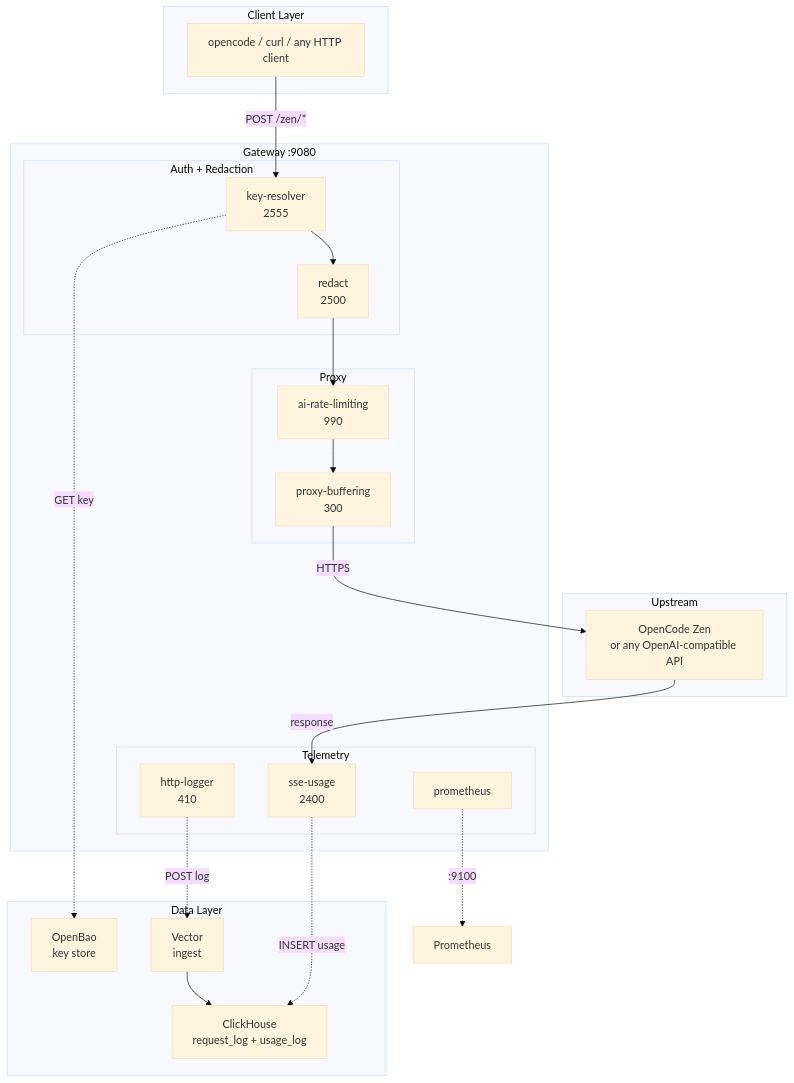
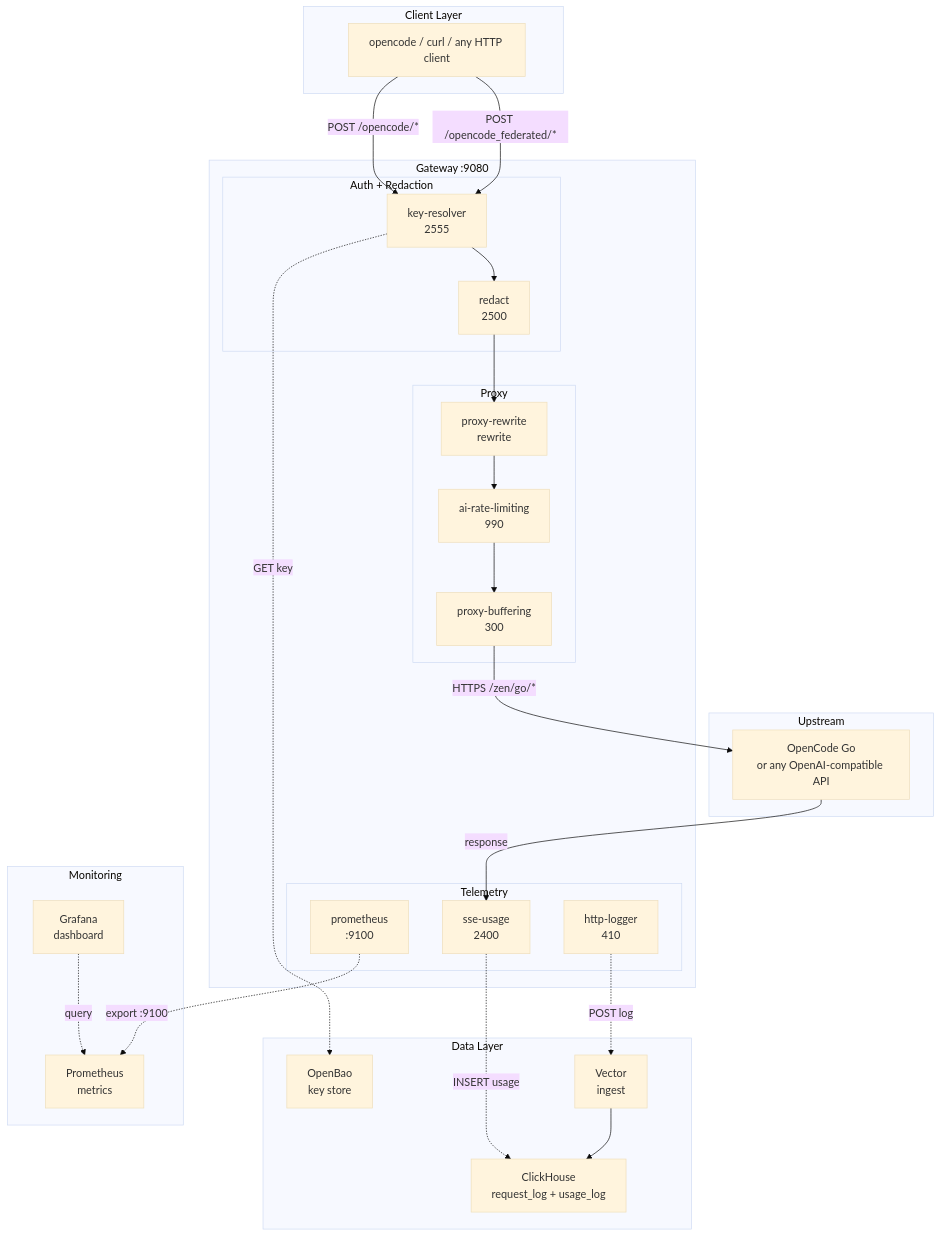
One commit to Independent-AI-Labs/WORKSPACE-GATEWAY changed the first of 2 diagrams in README.md. Above: the diagram before and after it, drawn with Mermaid (base theme). The commit also changed other lines of this file and 42 other files, not shown here.

````diff
--- a/README.md
+++ b/README.md
@@ -66,41 +65,49 @@
 ```mermaid
 graph TB
     subgraph "Client Layer"
         C["opencode / curl / any HTTP client"]
     end
 
     subgraph "Gateway :9080"
         subgraph "Auth + Redaction"
             KR["key-resolver<br/>2555"]
             RD["redact<br/>2500"]
         end
         subgraph "Proxy"
+            PRW["proxy-rewrite<br/>rewrite"]
             RL["ai-rate-limiting<br/>990"]
             PB["proxy-buffering<br/>300"]
         end
         subgraph "Telemetry"
             SU["sse-usage<br/>2400"]
             HL["http-logger<br/>410"]
-            PROM["prometheus"]
+            PROMP["prometheus<br/>:9100"]
         end
     end
 
     subgraph "Data Layer"
         OB["OpenBao<br/>key store"]
         V["Vector<br/>ingest"]
         CH["ClickHouse<br/>request_log + usage_log"]
     end
 
-    subgraph "Upstream"
-        ZEN["OpenCode Zen<br/>or any OpenAI-compatible API"]
+    subgraph "Monitoring"
+        PROM["Prometheus<br/>metrics"]
+        GW["Grafana<br/>dashboard"]
     end
 
-    C -->|"POST /zen/*"| KR
-    KR --> RD --> RL --> PB -->|"HTTPS"| ZEN
-    ZEN -->|"response"| SU
+    subgraph "Upstream"
+        GO["OpenCode Go<br/>or any OpenAI-compatible API"]
+    end
+
+    C -->|"POST /opencode_federated/*"| KR
+    C -->|"POST /opencode/*"| KR
+    KR --> RD --> PRW --> RL --> PB -->|"HTTPS /zen/go/*"| GO
+    GO -->|"response"| SU
 
     KR -.->|"GET key"| OB
     HL -.->|"POST log"| V --> CH
     SU -.->|"INSERT usage"| CH
-    PROM -.->|":9100"| METRICS["Prometheus"]
+    PROMP -.->|"export :9100"| PROM
+    GW -.->|"query"| PROM
 ```
````
